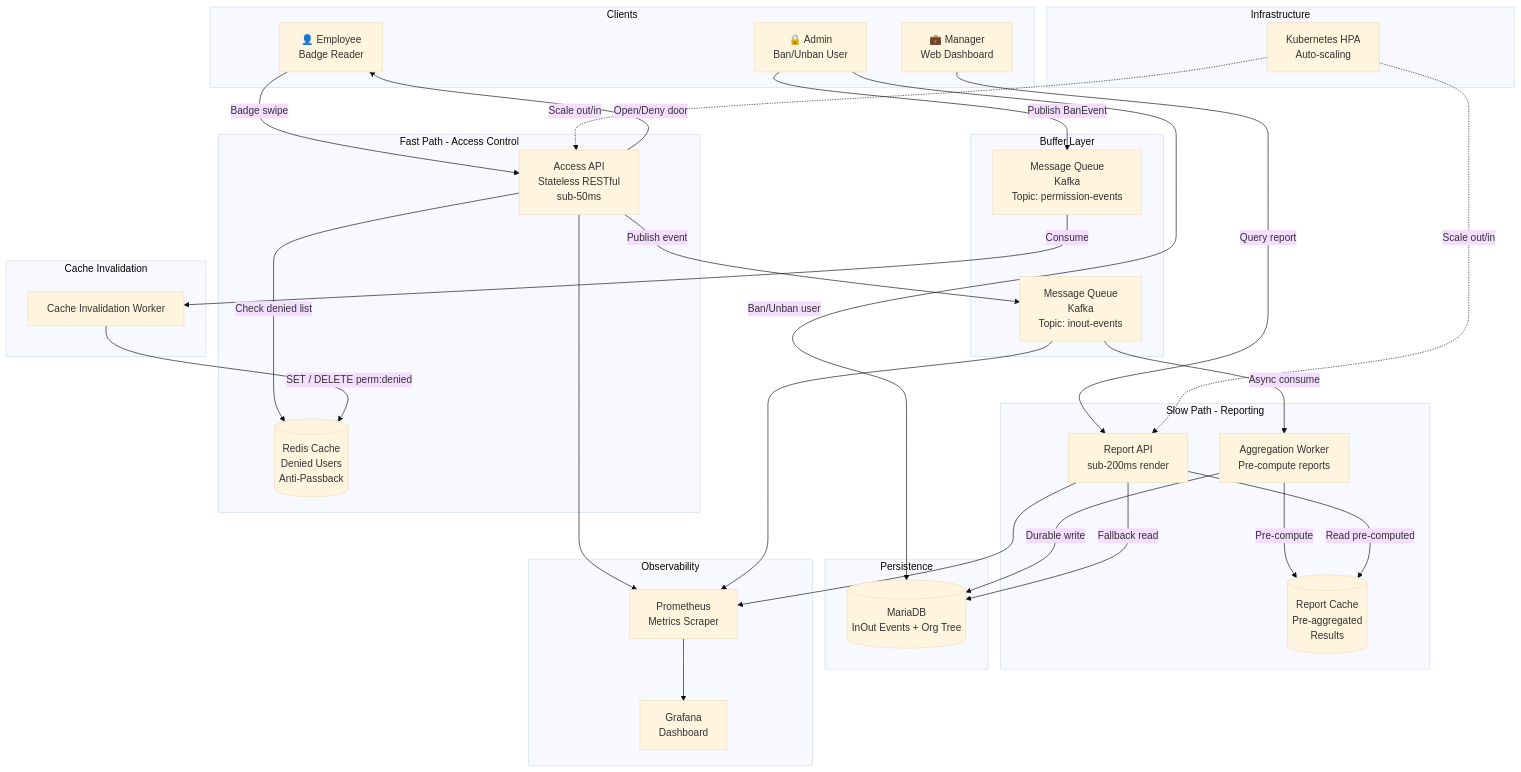
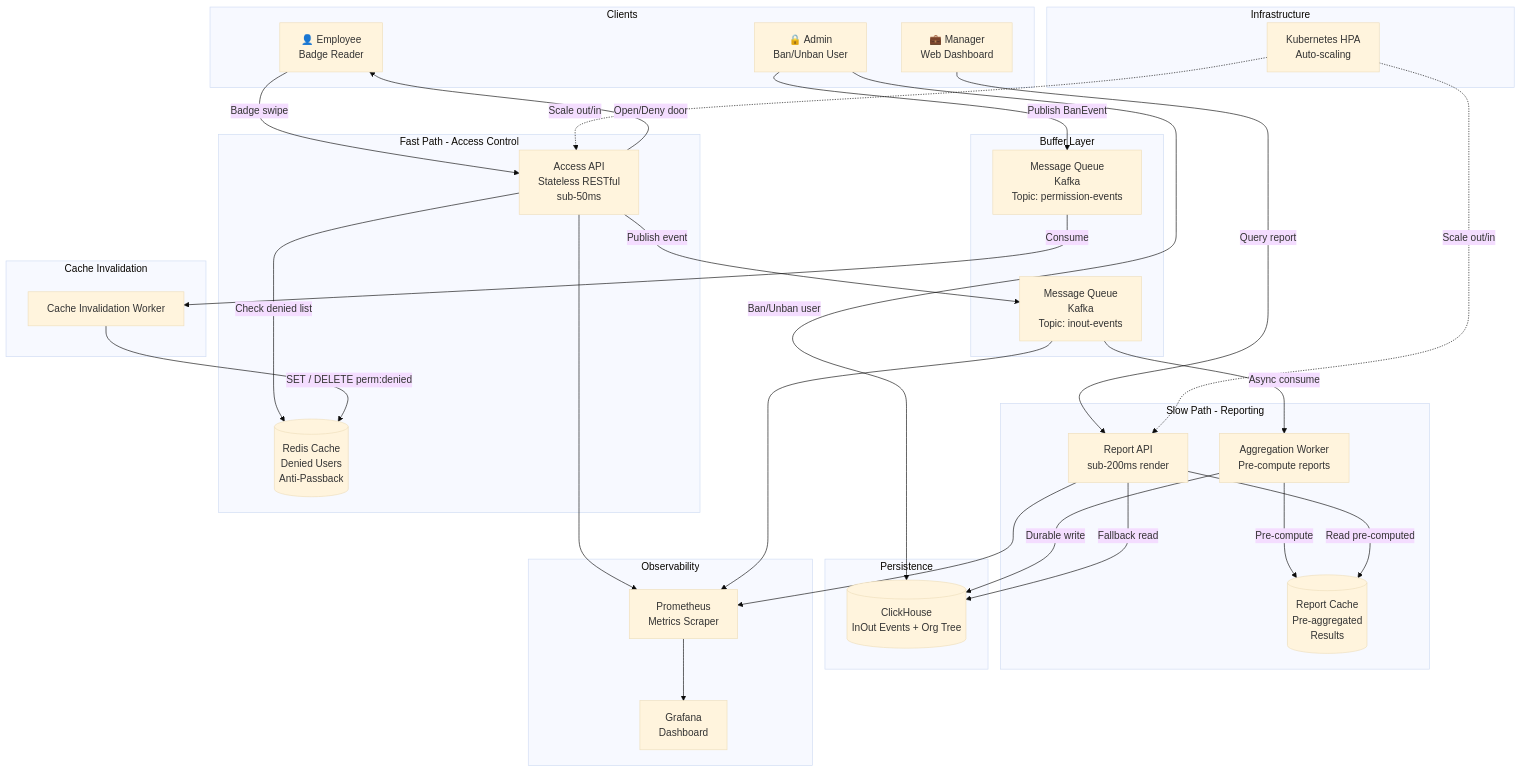
One commit to XintiWu/TSM-Access-Control-System changed the first of 12 diagrams in manual.md. Above: the diagram before and after it, drawn with Mermaid (base theme). The commit also changed other lines of this file and 31 other files, not shown here.

First line of the commit message:
refactor: migrate all persistence to ClickHouse and remove MariaDB

````diff
--- a/manual.md
+++ b/manual.md
@@ -65,67 +65,67 @@
 ```mermaid
 graph TB
     subgraph Clients
         E[👤 Employee<br/>Badge Reader]
         M[💼 Manager<br/>Web Dashboard]
         ADM[🔒 Admin<br/>Ban/Unban User]
     end
 
     subgraph Fast Path - Access Control
         API[Access API<br/>Stateless RESTful<br/>sub-50ms]
         CACHE[(Redis Cache<br/>Denied Users<br/>Anti-Passback)]
     end
 
     subgraph Buffer Layer
         MQ[Message Queue<br/>Kafka<br/>Topic: inout-events]
         PMQ[Message Queue<br/>Kafka<br/>Topic: permission-events]
     end
 
     subgraph Slow Path - Reporting
         RAPI[Report API<br/>sub-200ms render]
         AGG[Aggregation Worker<br/>Pre-compute reports]
         RCACHE[(Report Cache<br/>Pre-aggregated<br/>Results)]
     end
 
     subgraph Cache Invalidation
         CW[Cache Invalidation Worker]
     end
 
     subgraph Persistence
-        DB[(MariaDB<br/>InOut Events + Org Tree)]
+        DB[(ClickHouse<br/>InOut Events + Org Tree)]
     end
 
     subgraph Observability
         PROM[Prometheus<br/>Metrics Scraper]
         GRAF[Grafana<br/>Dashboard]
     end
 
     subgraph Infrastructure
         HPA[Kubernetes HPA<br/>Auto-scaling]
     end
 
     E -->|Badge swipe| API
     API -->|Check denied list| CACHE
     API -->|Publish event| MQ
     API -->|Open/Deny door| E
 
     ADM -->|Ban/Unban user| DB
     ADM -->|Publish BanEvent| PMQ
     PMQ -->|Consume| CW
     CW -->|SET / DELETE perm:denied| CACHE
 
     MQ -->|Async consume| AGG
     AGG -->|Durable write| DB
     AGG -->|Pre-compute| RCACHE
 
     M -->|Query report| RAPI
     RAPI -->|Read pre-computed| RCACHE
     RAPI -->|Fallback read| DB
 
     API --> PROM
     RAPI --> PROM
     MQ --> PROM
     PROM --> GRAF
 
     HPA -.->|Scale out/in| API
     HPA -.->|Scale out/in| RAPI
 ```
````
